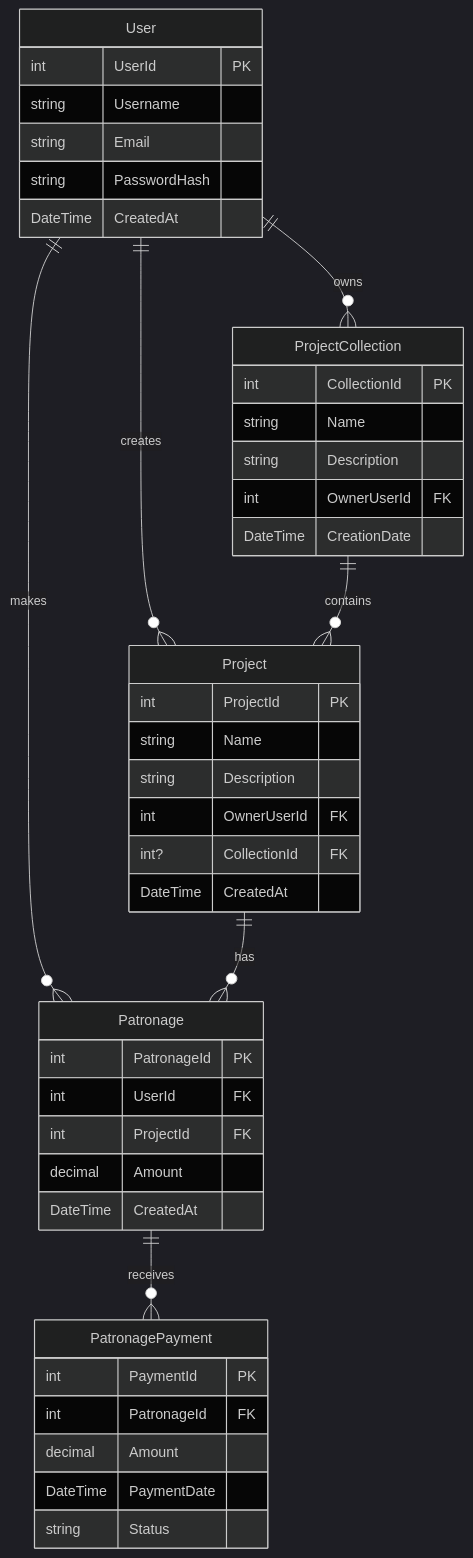
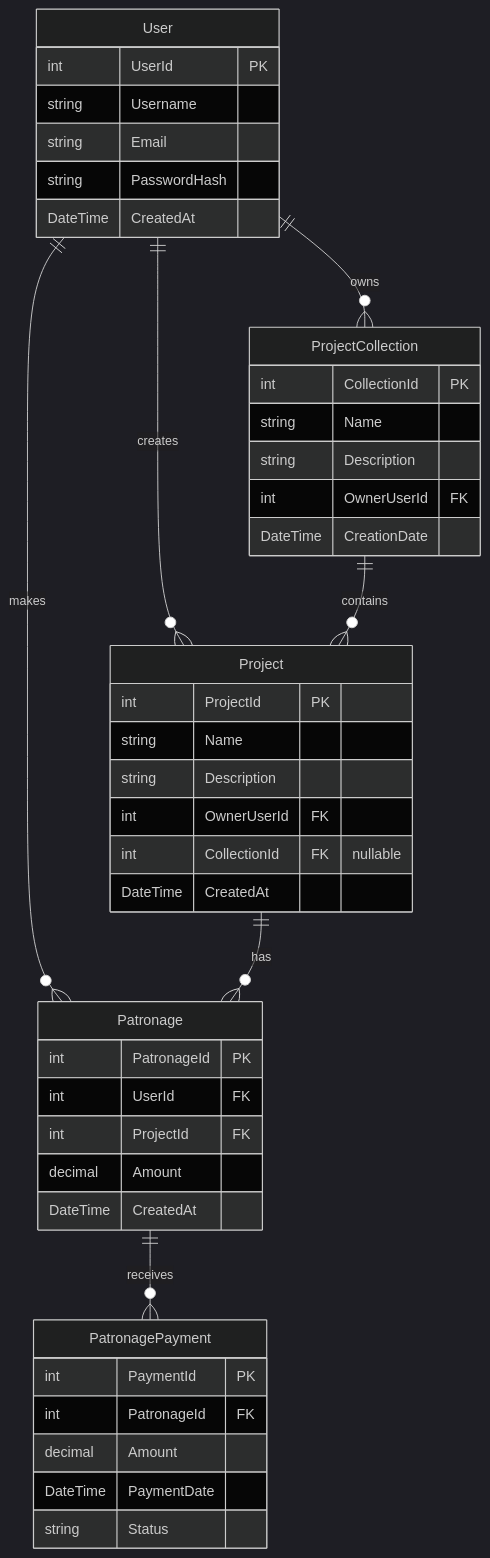
One commit to ErikPohl444/Peggy changed the diagram in docs/erd.md. Above: the diagram before and after it, drawn with Mermaid (dark theme).

Commit message:
fixed mermaid format for rich text display in erd

````diff
--- a/docs/erd.md
+++ b/docs/erd.md
@@ -7,50 +7,50 @@
 ```mermaid
 erDiagram
     User ||--o{ Project : creates
     User ||--o{ Patronage : makes
     User ||--o{ ProjectCollection : owns
     Project ||--o{ Patronage : has
     Patronage ||--o{ PatronagePayment : receives
     ProjectCollection ||--o{ Project : contains
 
     User {
         int UserId PK
         string Username
         string Email
         string PasswordHash
         DateTime CreatedAt
     }
 
     Project {
         int ProjectId PK
         string Name
         string Description
         int OwnerUserId FK
-        int? CollectionId FK
+        int CollectionId FK "nullable"
         DateTime CreatedAt
     }
 
     Patronage {
         int PatronageId PK
         int UserId FK
         int ProjectId FK
         decimal Amount
         DateTime CreatedAt
     }
 
     PatronagePayment {
         int PaymentId PK
         int PatronageId FK
         decimal Amount
         DateTime PaymentDate
         string Status
     }
 
     ProjectCollection {
         int CollectionId PK
         string Name
         string Description
         int OwnerUserId FK
         DateTime CreationDate
     }
 ```
````
